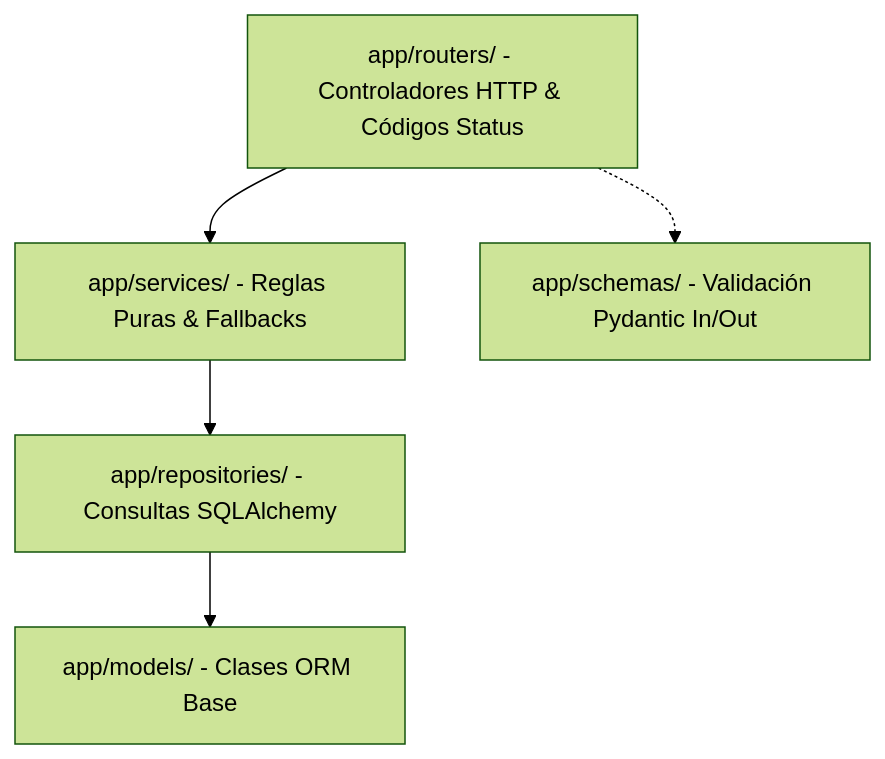
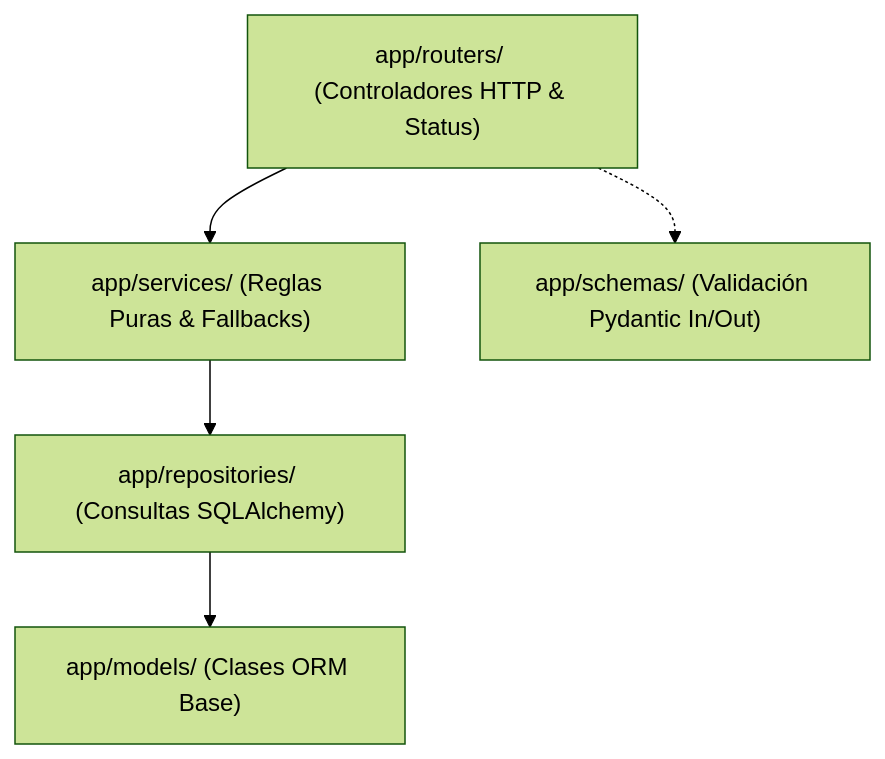
Before and after one commit to RutaViva/RutaViva-Documentation: the diagram in docusaurus/docs/modulos/multiplier-api.md, drawn with Mermaid (forest theme). The commit also changed other lines of this file and 2 other files, not shown here.

````diff
--- a/docusaurus/docs/modulos/multiplier-api.md
+++ b/docusaurus/docs/modulos/multiplier-api.md
@@ -18,7 +18,7 @@
 ```mermaid
 flowchart TD
-    Router[app/routers/ - Controladores HTTP & Códigos Status] --> Service[app/services/ - Reglas Puras & Fallbacks]
-    Service --> Repo[app/repositories/ - Consultas SQLAlchemy]
-    Repo --> Model[app/models/ - Clases ORM Base]
-    Router -.-> Schema[app/schemas/ - Validación Pydantic In/Out]
+    Router["app/routers/ (Controladores HTTP & Status)"] --> Service["app/services/ (Reglas Puras & Fallbacks)"]
+    Service --> Repo["app/repositories/ (Consultas SQLAlchemy)"]
+    Repo --> Model["app/models/ (Clases ORM Base)"]
+    Router -.-> Schema["app/schemas/ (Validación Pydantic In/Out)"]
 ```
````
